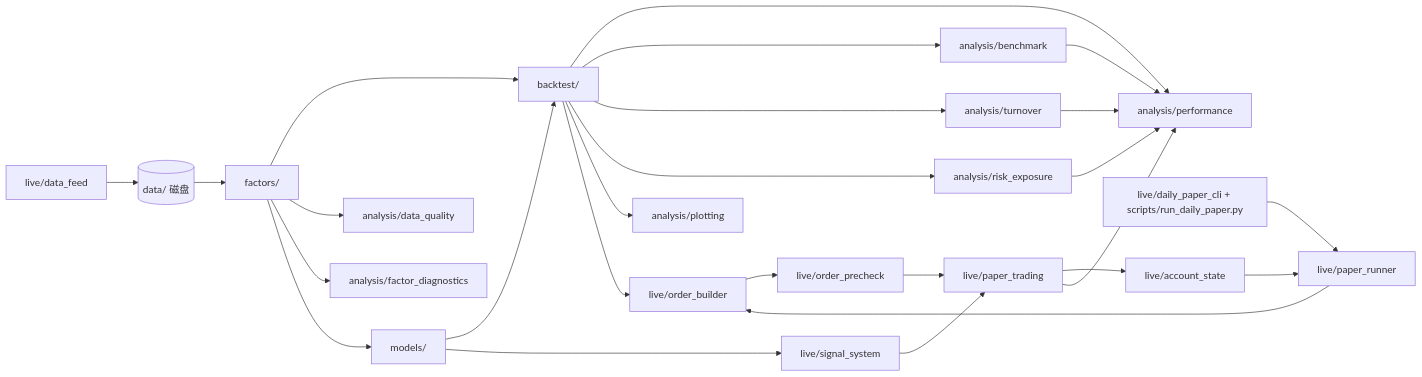
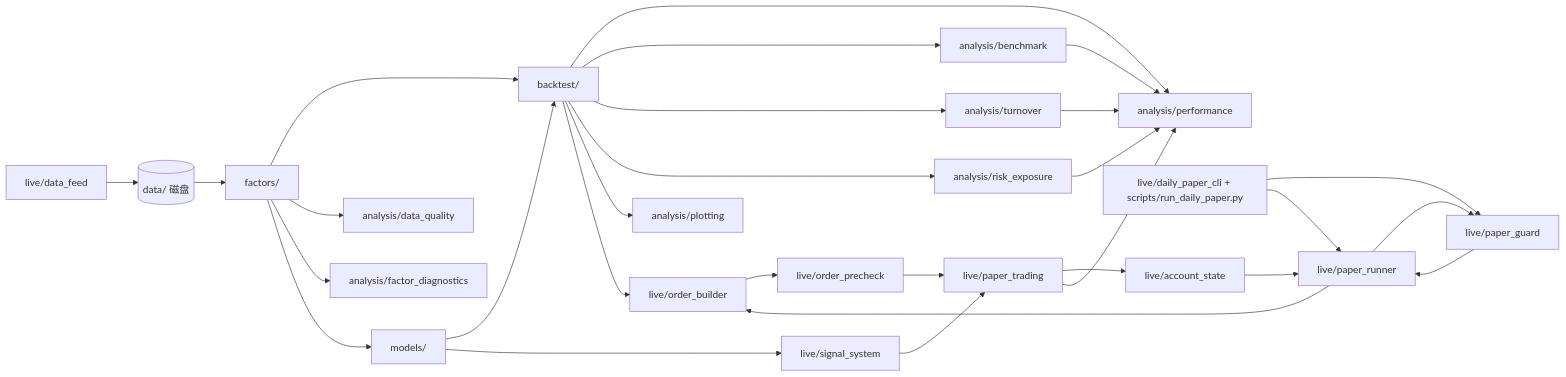
One commit to Mikowong0821/quant_strategy changed the diagram in docs/CODE_STRUCTURE.md. Above: the diagram before and after it, drawn with Mermaid. The commit also changed other lines of this file and 12 other files, not shown here.

Commit message:
Add daily paper guard checks

````diff
--- a/docs/CODE_STRUCTURE.md
+++ b/docs/CODE_STRUCTURE.md
@@ -18,48 +18,52 @@
 ```mermaid
 flowchart LR
   data[(data/ 磁盘)]
   feed[live/data_feed]
   fac[factors/]
   bt[backtest/]
   opt[models/]
   sig[live/signal_system]
   order[live/order_builder]
   precheck[live/order_precheck]
   paper[live/paper_trading]
   state[live/account_state]
   runner[live/paper_runner]
+  guard[live/paper_guard]
   cli[live/daily_paper_cli + scripts/run_daily_paper.py]
   perf[analysis/performance]
   dq[analysis/data_quality]
   diag[analysis/factor_diagnostics]
   bench[analysis/benchmark]
   turn[analysis/turnover]
   risk[analysis/risk_exposure]
   plot[analysis/plotting]
 
   data --> fac
   feed --> data
   fac --> bt
   fac --> dq
   fac --> diag
   opt --> bt
   bt --> perf
   bt --> bench
   bt --> turn
   bt --> risk
   bench --> perf
   turn --> perf
   risk --> perf
   bt --> plot
   bt --> order
   order --> precheck
   fac --> opt
   opt --> sig
   precheck --> paper
   paper --> state
   state --> runner
+  cli --> guard
+  guard --> runner
+  runner --> guard
   runner --> order
   cli --> runner
   sig --> paper
   paper --> perf
 ```
````
